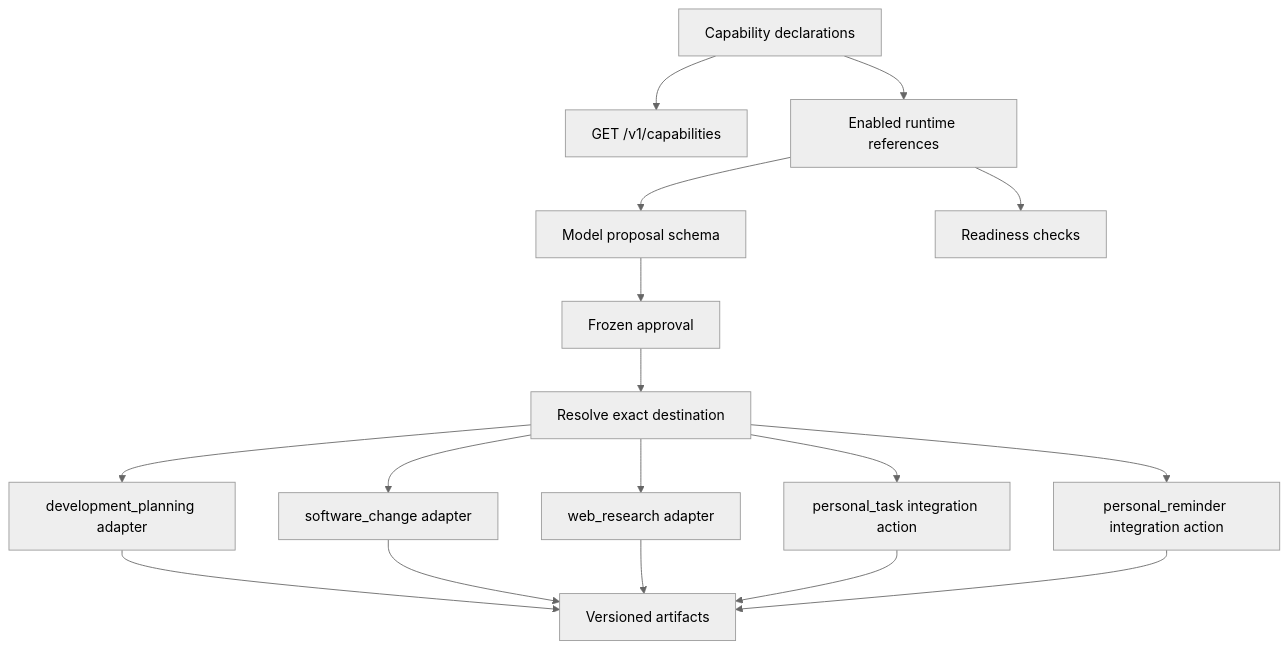
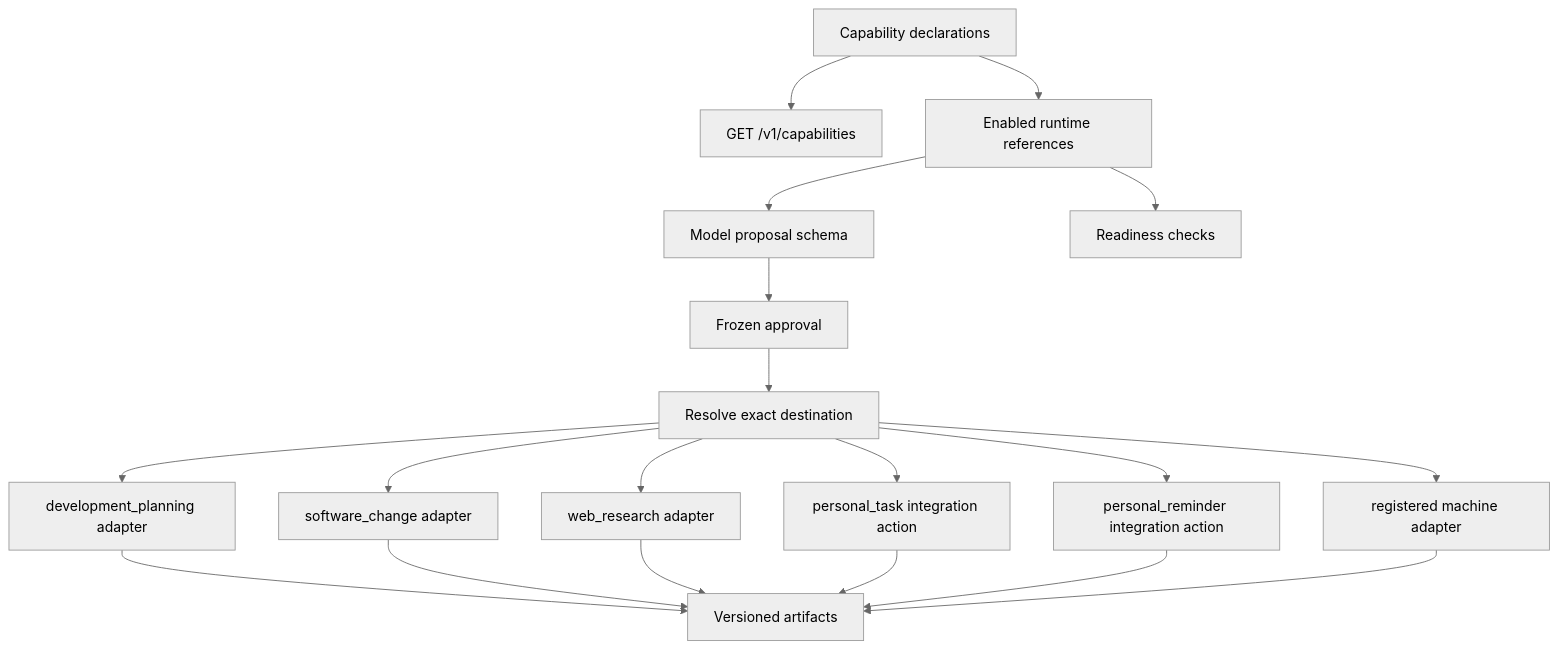
Before and after one commit to 4romgod/vera: the eighth of 14 diagrams in docs/system-architecture.md, drawn with Mermaid (neutral theme). The commit also changed other lines of this file and 42 other files, not shown here.

````diff
--- a/docs/system-architecture.md
+++ b/docs/system-architecture.md
@@ -617,19 +617,21 @@
 ```mermaid
 flowchart TD
     DECL["Capability declarations"] --> CAT["GET /v1/capabilities"]
     DECL --> ENABLED["Enabled runtime references"]
     ENABLED --> SCHEMA["Model proposal schema"]
     ENABLED --> READY["Readiness checks"]
     SCHEMA --> APPROVAL["Frozen approval"]
     APPROVAL --> RESOLVE["Resolve exact destination"]
     RESOLVE --> PLAN["development_planning adapter"]
     RESOLVE --> CHANGE["software_change adapter"]
     RESOLVE --> RESEARCH["web_research adapter"]
     RESOLVE --> PERSONAL["personal_task integration action"]
     RESOLVE --> REMINDER["personal_reminder integration action"]
+    RESOLVE --> MACHINE["registered machine adapter"]
     PLAN --> ARTIFACT["Versioned artifacts"]
     CHANGE --> ARTIFACT
     RESEARCH --> ARTIFACT
     PERSONAL --> ARTIFACT
     REMINDER --> ARTIFACT
+    MACHINE --> ARTIFACT
 ```
````
